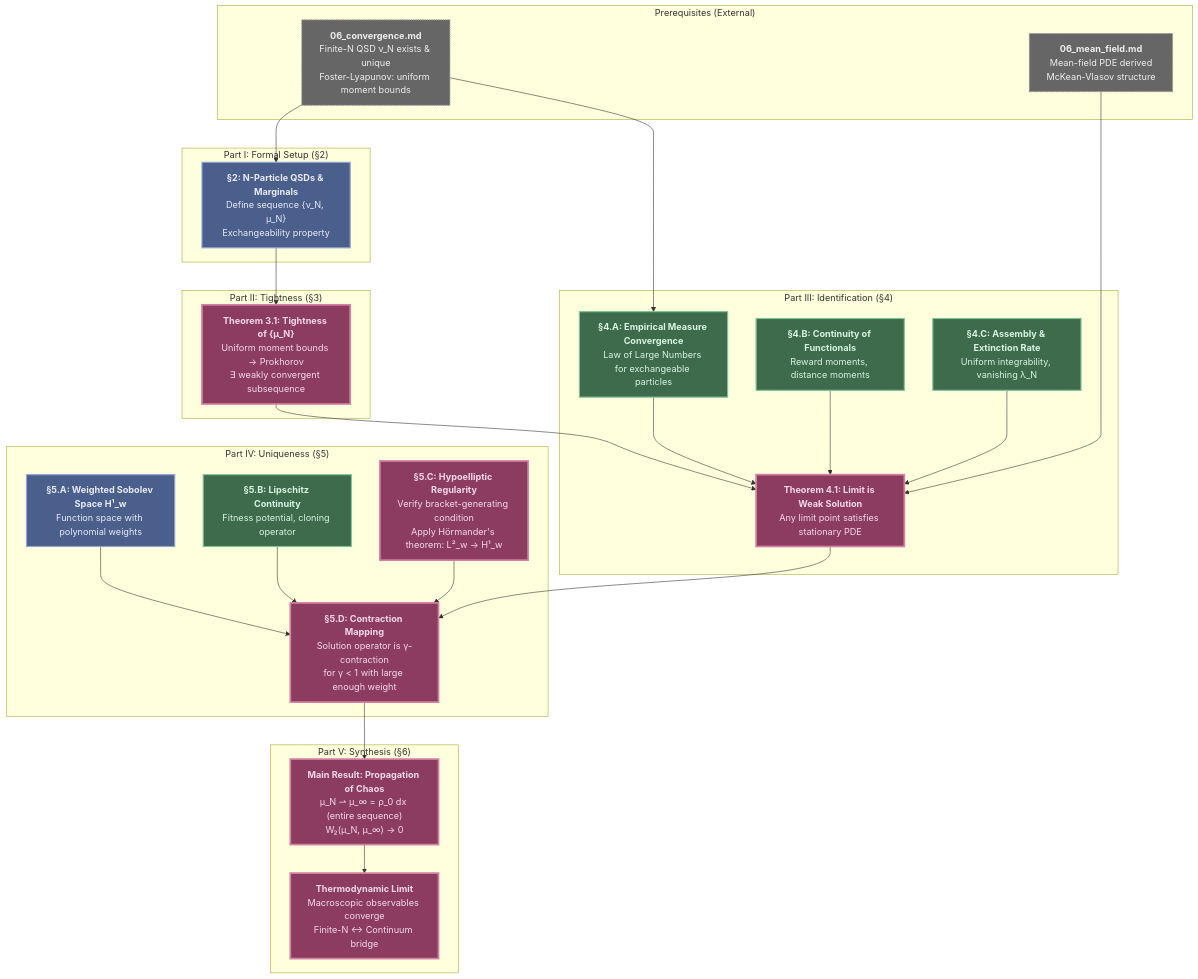
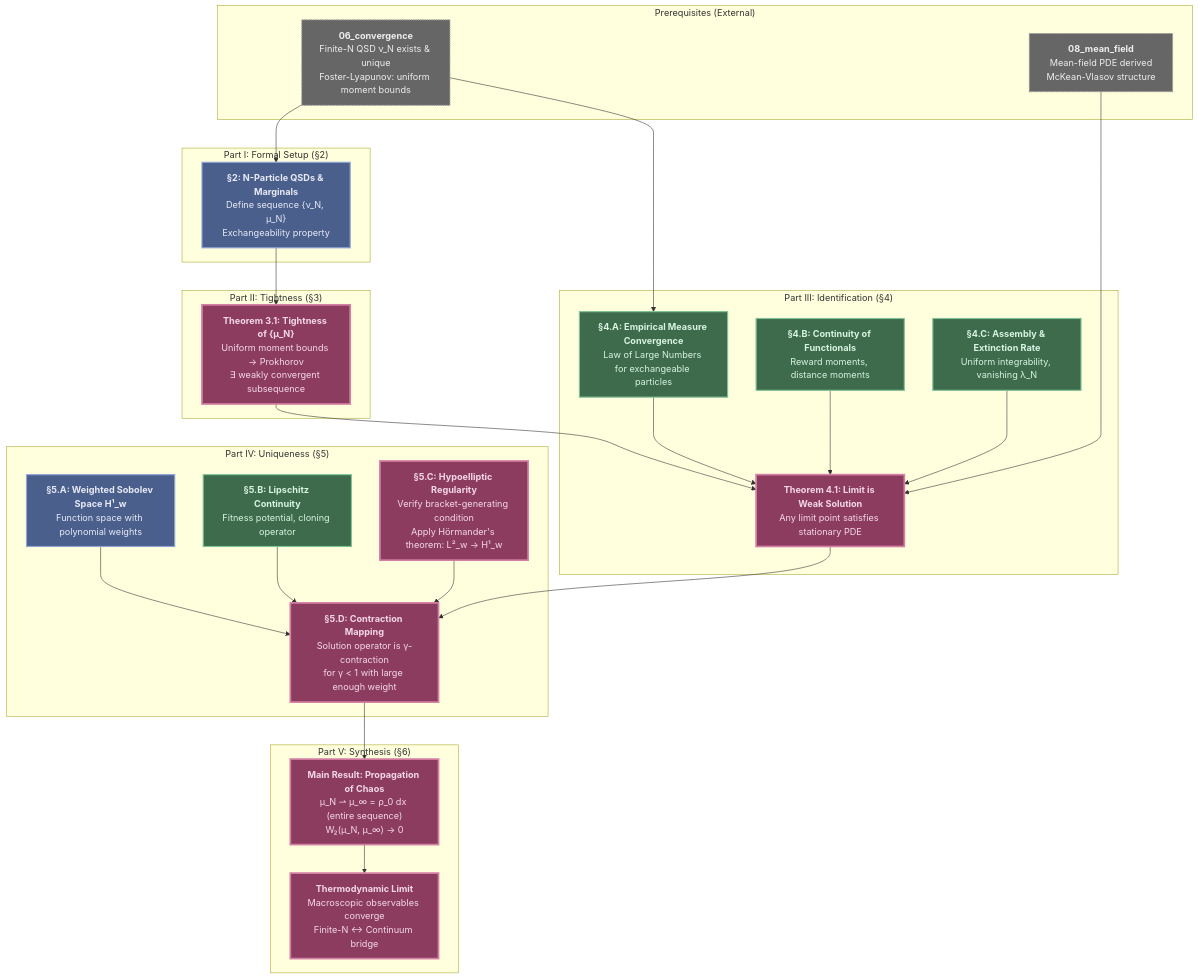
The diagram in docs/source/3_fractal_gas/appendices/09_propagation_chaos.md (FragileTech/fragile), drawn with Mermaid before and after one commit. The commit also changed other lines of this file and 29 other files, not shown here.

````diff
--- a/docs/source/3_fractal_gas/appendices/09_propagation_chaos.md
+++ b/docs/source/3_fractal_gas/appendices/09_propagation_chaos.md
@@ -48,57 +50,57 @@
 ```{mermaid}
 graph TD
     subgraph "Prerequisites (External)"
-        A["<b>06_convergence.md</b><br>Finite-N QSD ν_N exists & unique<br>Foster-Lyapunov: uniform moment bounds"]:::externalStyle
-        B["<b>06_mean_field.md</b><br>Mean-field PDE derived<br>McKean-Vlasov structure"]:::externalStyle
+        A["<b>06_convergence</b><br>Finite-N QSD ν_N exists & unique<br>Foster-Lyapunov: uniform moment bounds"]:::externalStyle
+        B["<b>08_mean_field</b><br>Mean-field PDE derived<br>McKean-Vlasov structure"]:::externalStyle
     end
 
     subgraph "Part I: Formal Setup (§2)"
         B2["<b>§2: N-Particle QSDs & Marginals</b><br>Define sequence {ν_N, μ_N}<br>Exchangeability property"]:::stateStyle
     end
 
     subgraph "Part II: Tightness (§3)"
         C["<b>Theorem 3.1: Tightness of {μ_N}</b><br>Uniform moment bounds → Prokhorov<br>∃ weakly convergent subsequence"]:::theoremStyle
     end
 
     subgraph "Part III: Identification (§4)"
         D["<b>§4.A: Empirical Measure Convergence</b><br>Law of Large Numbers for exchangeable particles"]:::lemmaStyle
         E["<b>§4.B: Continuity of Functionals</b><br>Reward moments, distance moments"]:::lemmaStyle
         F["<b>§4.C: Assembly & Extinction Rate</b><br>Uniform integrability, vanishing λ_N"]:::lemmaStyle
         G["<b>Theorem 4.1: Limit is Weak Solution</b><br>Any limit point satisfies stationary PDE"]:::theoremStyle
 
         D --> G
         E --> G
         F --> G
     end
 
     subgraph "Part IV: Uniqueness (§5)"
         H["<b>§5.A: Weighted Sobolev Space H¹_w</b><br>Function space with polynomial weights"]:::stateStyle
         I["<b>§5.B: Lipschitz Continuity</b><br>Fitness potential, cloning operator"]:::lemmaStyle
         J["<b>§5.C: Hypoelliptic Regularity</b><br>Verify bracket-generating condition<br>Apply Hörmander's theorem: L²_w → H¹_w"]:::theoremStyle
         K["<b>§5.D: Contraction Mapping</b><br>Solution operator is γ-contraction<br>for γ < 1 with large enough weight"]:::theoremStyle
 
         H --> K
         I --> K
         J --> K
     end
 
     subgraph "Part V: Synthesis (§6)"
         L["<b>Main Result: Propagation of Chaos</b><br>μ_N ⇀ μ_∞ = ρ_0 dx (entire sequence)<br>W₂(μ_N, μ_∞) → 0"]:::theoremStyle
         M["<b>Thermodynamic Limit</b><br>Macroscopic observables converge<br>Finite-N ↔ Continuum bridge"]:::theoremStyle
     end
 
     A --> B2
     B2 --> C
     A --> D
     B --> G
     C --> G
     G --> K
     K --> L
     L --> M
 
     classDef stateStyle fill:#4a5f8c,stroke:#8fa4d4,stroke-width:2px,color:#e8eaf6
     classDef axiomStyle fill:#8c6239,stroke:#d4a574,stroke-width:2px,stroke-dasharray: 5 5,color:#f4e8d8
     classDef lemmaStyle fill:#3d6b4b,stroke:#7fc296,stroke-width:2px,color:#d8f4e3
     classDef theoremStyle fill:#8c3d5f,stroke:#d47fa4,stroke-width:3px,color:#f4d8e8
     classDef externalStyle fill:#666,stroke:#999,stroke-width:2px,color:#eee,stroke-dasharray: 2 2
 ```
````
